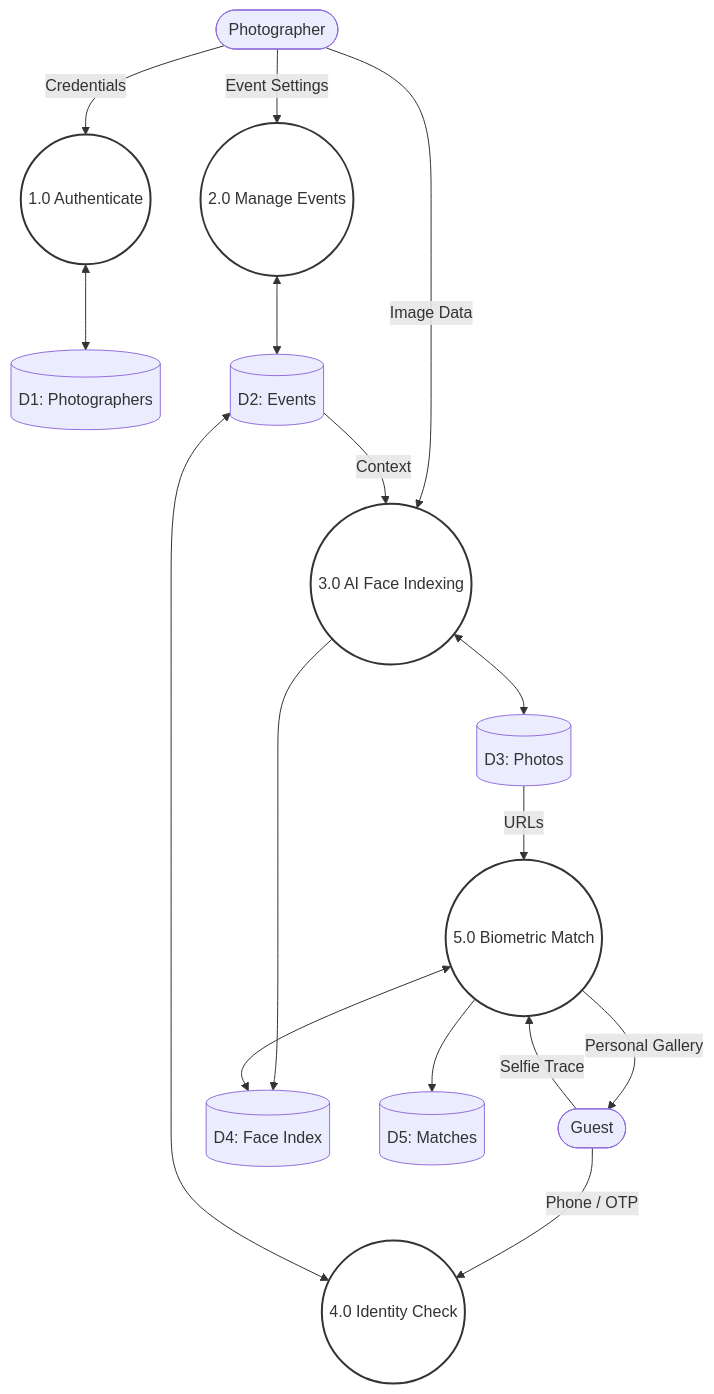
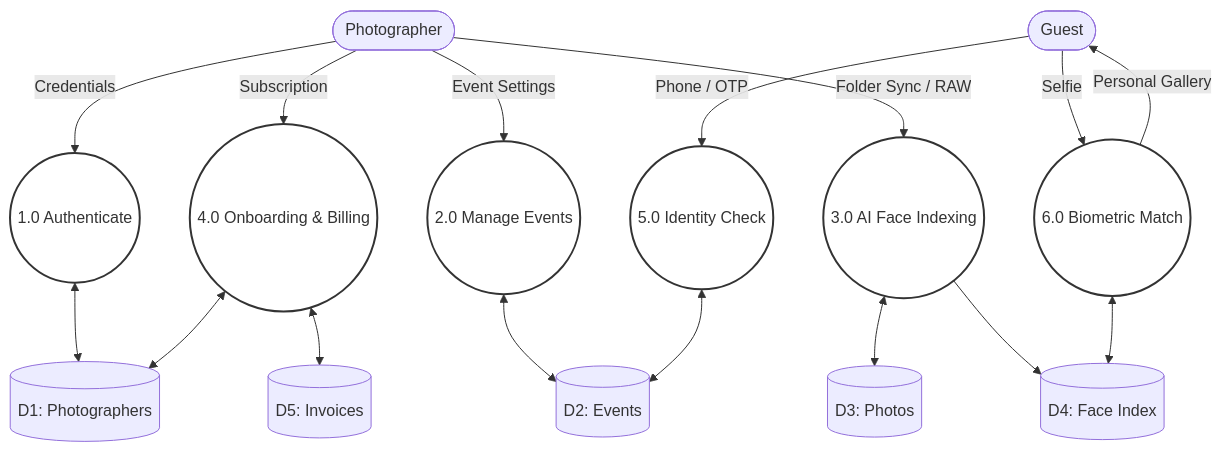
Before and after one commit to JoelJose212/SnapMoment: the second of 6 diagrams in README.md, drawn with Mermaid. The commit also changed other lines of this file, not shown here.

Commit message:
docs: update README with new architecture and features

````diff
--- a/README.md
+++ b/README.md
@@ -119,48 +128,51 @@
 ```mermaid
 flowchart TD
     %% External Entities
     Photog([Photographer])
     Guest([Guest])
 
     %% Processes
     P1((1.0 Authenticate))
     P2((2.0 Manage Events))
     P3((3.0 AI Face Indexing))
-    P4((4.0 Identity Check))
-    P5((5.0 Biometric Match))
+    P4((4.0 Onboarding & Billing))
+    P5((5.0 Identity Check))
+    P6((6.0 Biometric Match))
 
     %% Data Stores
     D1[(D1: Photographers)]
     D2[(D2: Events)]
     D3[(D3: Photos)]
     D4[(D4: Face Index)]
-    D5[(D5: Matches)]
+    D5[(D5: Invoices)]
 
     %% Photographer Flow
     Photog -- "Credentials" --> P1
     P1 <--> D1
     
+    Photog -- "Subscription" --> P4
+    P4 <--> D5
+    P4 <--> D1
+
     Photog -- "Event Settings" --> P2
     P2 <--> D2
     
-    Photog -- "Image Data" --> P3
+    Photog -- "Folder Sync / RAW" --> P3
     P3 <--> D3
     P3 --> D4
-    D2 -- "Context" --> P3
 
     %% Guest Flow
-    Guest -- "Phone / OTP" --> P4
-    P4 <--> D2
+    Guest -- "Phone / OTP" --> P5
+    P5 <--> D2
     
-    Guest -- "Selfie Trace" --> P5
-    P5 <--> D4
-    P5 --> D5
-    D3 -- "URLs" --> P5
-    P5 -- "Personal Gallery" --> Guest
+    Guest -- "Selfie" --> P6
+    P6 <--> D4
+    P6 -- "Personal Gallery" --> Guest
 
     style P1 fill:#fff,stroke:#333,stroke-width:2px
     style P2 fill:#fff,stroke:#333,stroke-width:2px
     style P3 fill:#fff,stroke:#333,stroke-width:2px
     style P4 fill:#fff,stroke:#333,stroke-width:2px
     style P5 fill:#fff,stroke:#333,stroke-width:2px
+    style P6 fill:#fff,stroke:#333,stroke-width:2px
 ```
````
